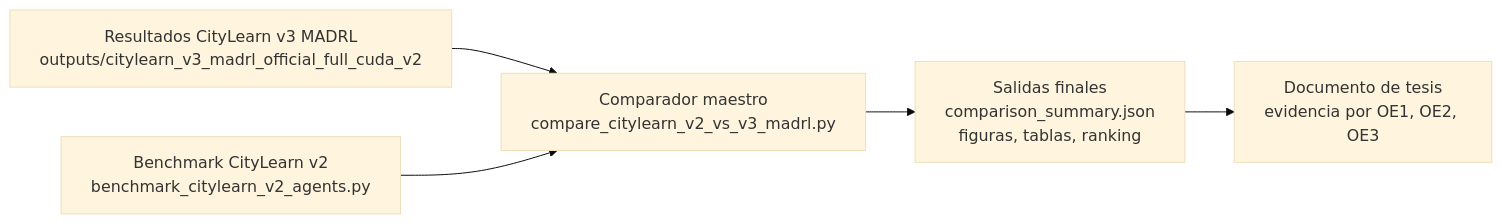
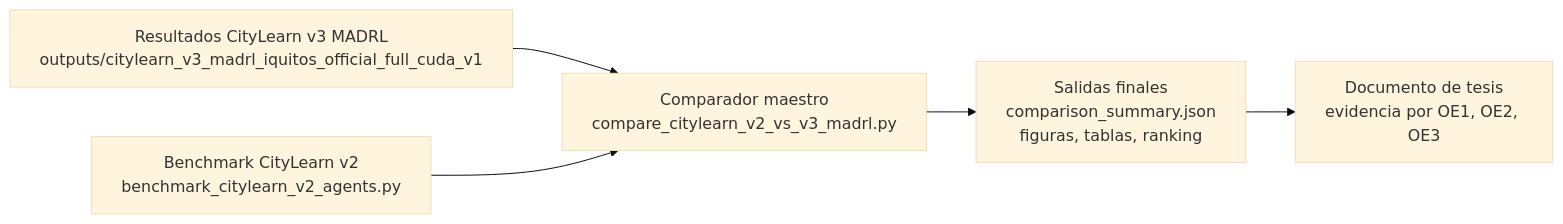
One commit to Mac-Tapia/MADRLCitytleranflexresdr changed the sixth of 7 diagrams in docs/ARQUITECTURA_Y_FLUJO_TRABAJO_CITYLEARN_V3_MADRL.md. Above: the diagram before and after it, drawn with Mermaid (base theme). The commit also changed other lines of this file and 9 other files, not shown here.

Commit message:
Document Iquitos distillation and MADRL readiness

````diff
--- a/docs/ARQUITECTURA_Y_FLUJO_TRABAJO_CITYLEARN_V3_MADRL.md
+++ b/docs/ARQUITECTURA_Y_FLUJO_TRABAJO_CITYLEARN_V3_MADRL.md
@@ -378,12 +396,12 @@
 ```mermaid
 flowchart LR
-    V3["Resultados CityLearn v3 MADRL<br/>outputs/citylearn_v3_madrl_official_full_cuda_v2"]
+    V3["Resultados CityLearn v3 MADRL<br/>outputs/citylearn_v3_madrl_iquitos_official_full_cuda_v1"]
     V2["Benchmark CityLearn v2<br/>benchmark_citylearn_v2_agents.py"]
     CMP["Comparador maestro<br/>compare_citylearn_v2_vs_v3_madrl.py"]
     REP["Salidas finales<br/>comparison_summary.json<br/>figuras, tablas, ranking"]
     TESIS["Documento de tesis<br/>evidencia por OE1, OE2, OE3"]
 
     V3 --> CMP
     V2 --> CMP
     CMP --> REP --> TESIS
 ```
````
